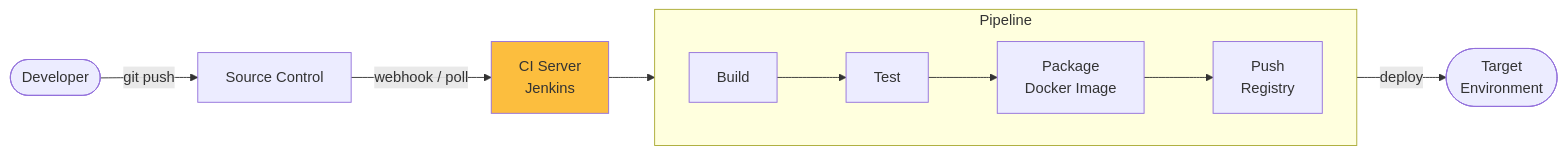
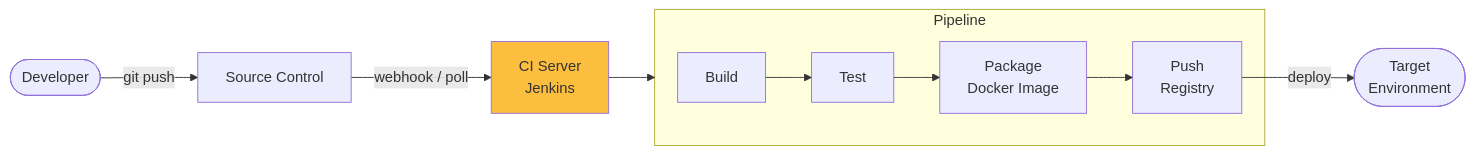
Before and after one commit to Insper/platform: the first of 2 diagrams in docs/2026.2/hands-on/4/index.md, drawn with Mermaid. The commit also changed 6 other files, not shown here.

First line of the commit message:
fix mermaid diagrams: attach external edges directly to subgraph nodes

````diff
--- a/docs/2026.2/hands-on/4/index.md
+++ b/docs/2026.2/hands-on/4/index.md
@@ -10,13 +10,12 @@
 ``` mermaid
 flowchart LR
     dev([Developer]) -->|git push| scm[Source Control]
     scm -->|webhook / poll| ci[CI Server\nJenkins]
     subgraph pipeline [Pipeline]
-        direction LR
         build[Build] --> test[Test] --> image[Package\nDocker Image] --> push[Push\nRegistry]
     end
     ci --> pipeline
     push -->|deploy| env([Target\nEnvironment])
     classDef highlight fill:#FCBE3E
     class ci highlight
 ```
````
